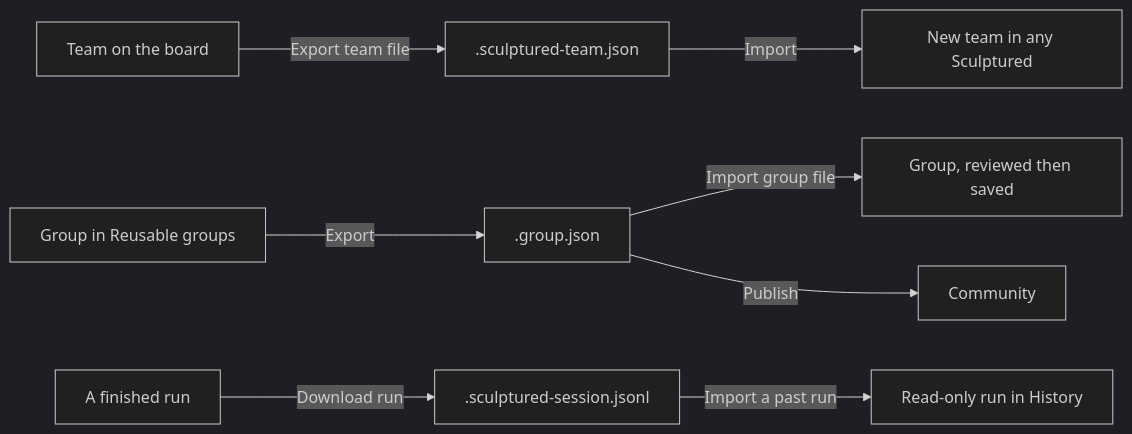
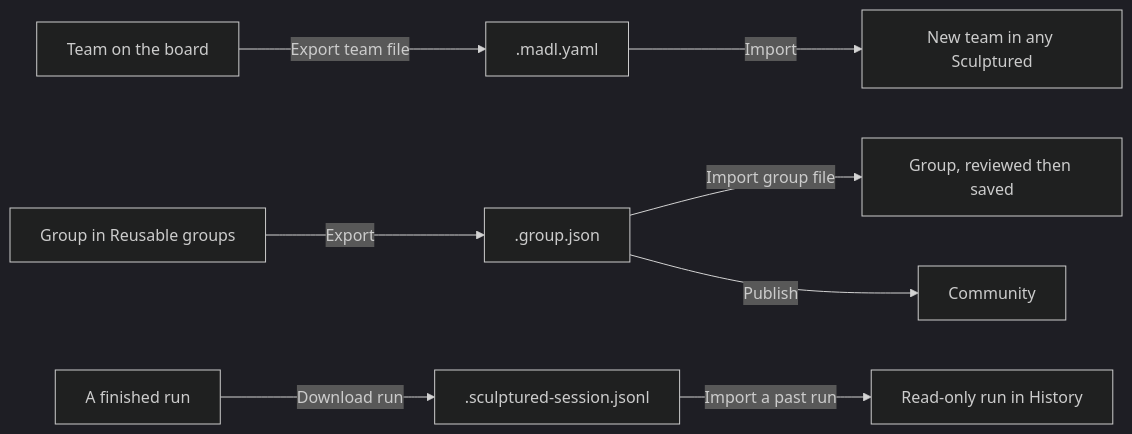
The diagram in docs-site/guides/team-files.mdx (Sculptured/Sculptured), drawn with Mermaid (dark theme) before and after one commit. The commit also changed other lines of this file and 8 other files, not shown here.

Commit message:
Docs: team files are MADL documents; older team files; what each part becomes in MADL

````diff
--- a/docs-site/guides/team-files.mdx
+++ b/docs-site/guides/team-files.mdx
@@ -16,10 +16,10 @@
 ```mermaid
 flowchart LR
-  T["Team on the board"] -- "Export team file" --> F[".sculptured-team.json"]
+  T["Team on the board"] -- "Export team file" --> F[".madl.yaml"]
   F -- "Import" --> T2["New team in any Sculptured"]
   G["Group in Reusable groups"] -- "Export" --> GF[".group.json"]
   GF -- "Import group file" --> G2["Group, reviewed then saved"]
   GF -- "Publish" --> C["Community"]
   R["A finished run"] -- "Download run" --> RF[".sculptured-session.jsonl"]
   RF -- "Import a past run" --> H["Read-only run in History"]
 ```
````
